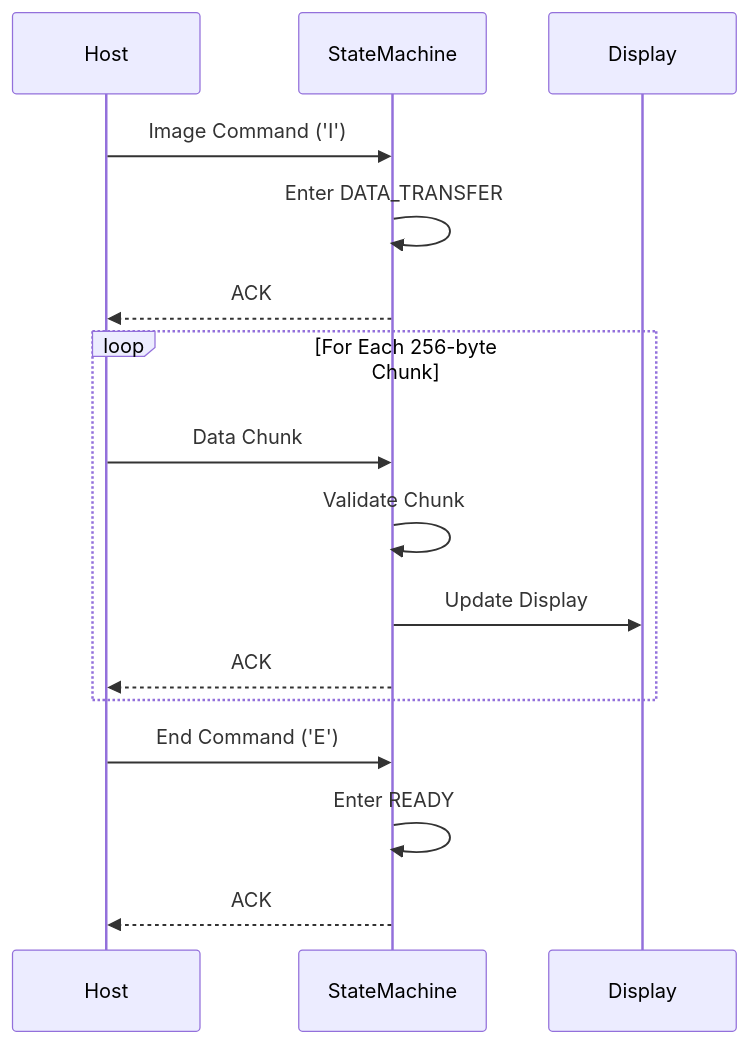
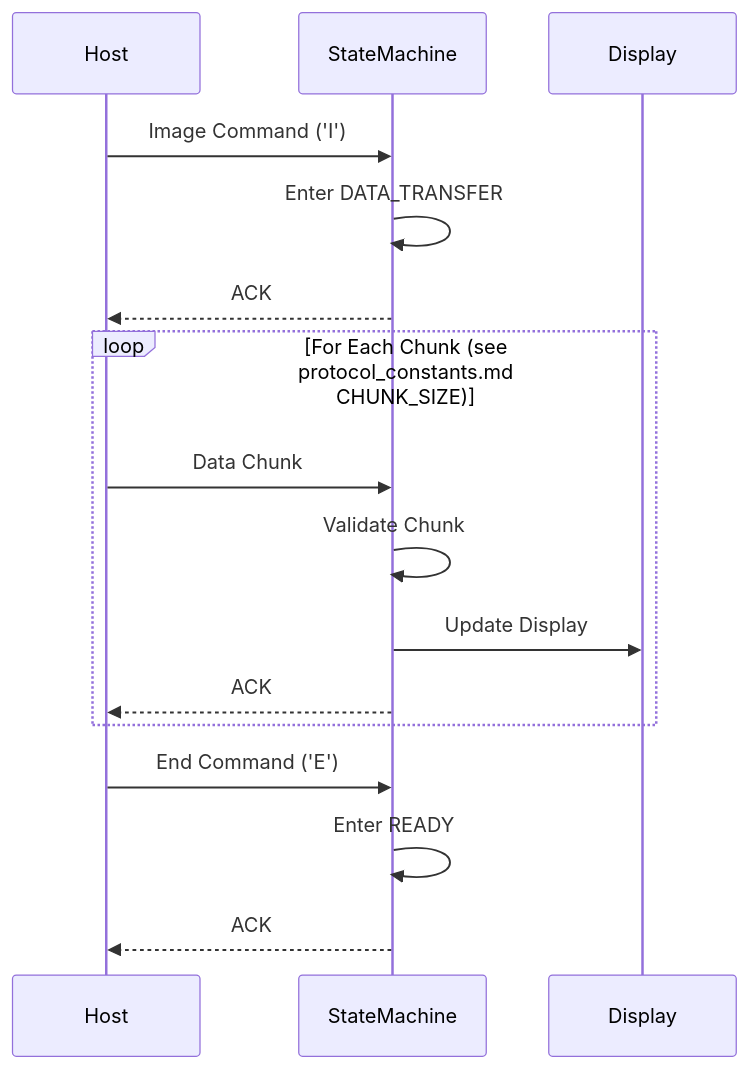
The second of 3 diagrams in docs/protocol_transitions.md (nemofoo/deskthang), drawn with Mermaid before and after one commit. The commit also changed other lines of this file and 29 other files, not shown here.

````diff
--- a/docs/protocol_transitions.md
+++ b/docs/protocol_transitions.md
@@ -32,21 +34,21 @@
 ```mermaid
 sequenceDiagram
     participant Host
     participant StateMachine
     participant Display
     
     Host->>StateMachine: Image Command ('I')
     StateMachine->>StateMachine: Enter DATA_TRANSFER
     StateMachine-->>Host: ACK
     
-    loop For Each 256-byte Chunk
+    loop For Each Chunk (see protocol_constants.md CHUNK_SIZE)
         Host->>StateMachine: Data Chunk
         StateMachine->>StateMachine: Validate Chunk
         StateMachine->>Display: Update Display
         StateMachine-->>Host: ACK
     end
     
     Host->>StateMachine: End Command ('E')
     StateMachine->>StateMachine: Enter READY
     StateMachine-->>Host: ACK
 ```
````
